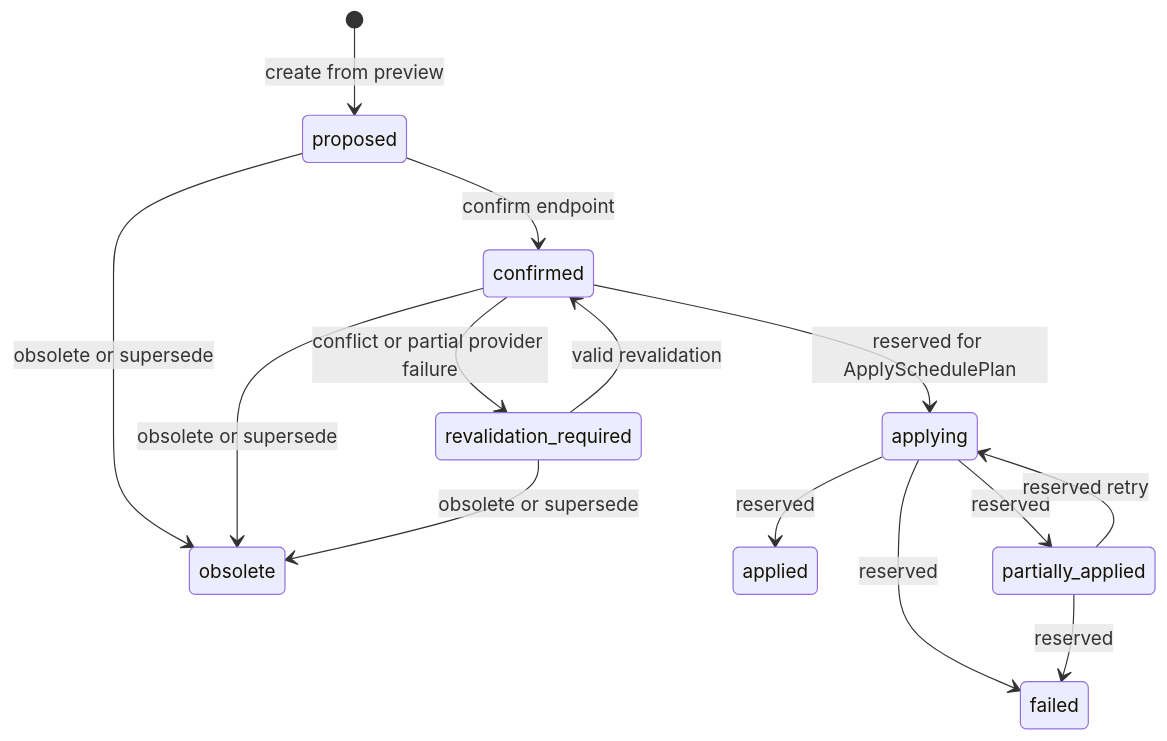
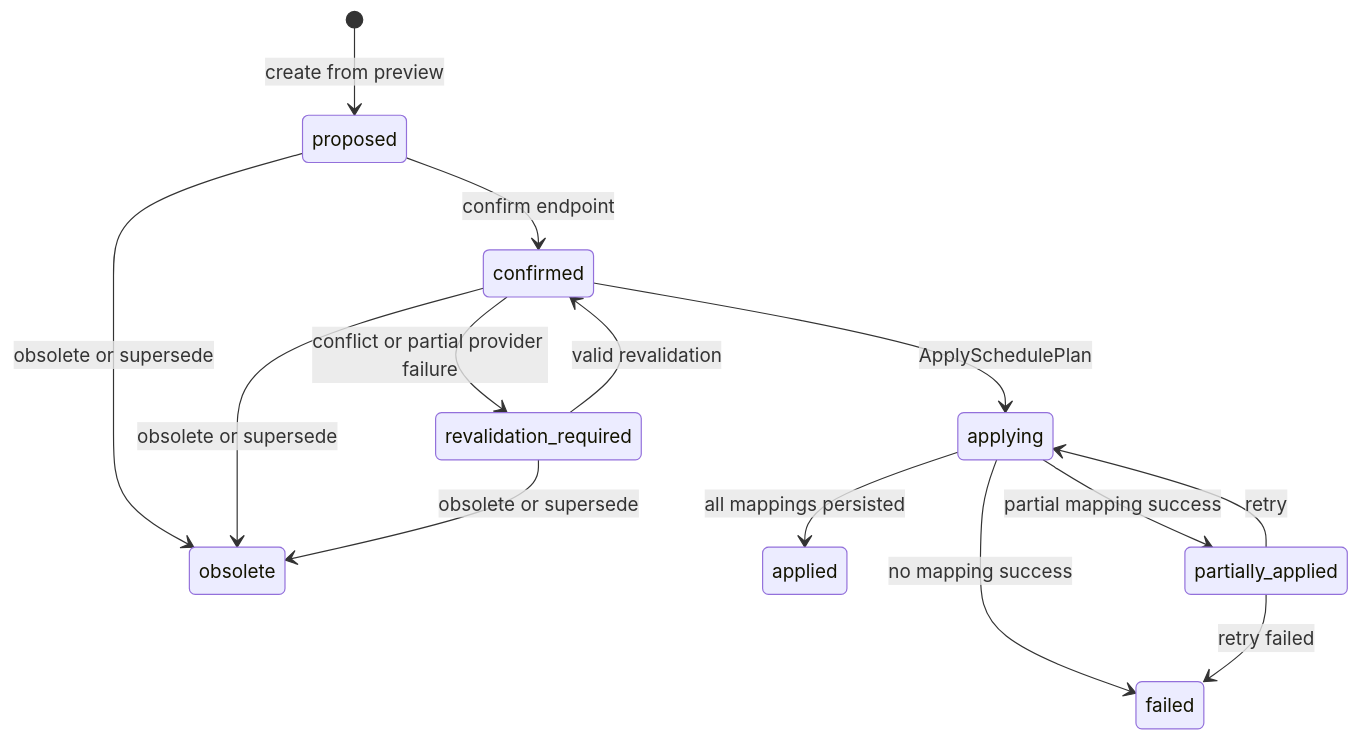
The first of 4 diagrams in docs/architecture/state-models.md (Polomoshnova/ai-calendar), drawn with Mermaid before and after one commit. The commit also changed other lines of this file and 23 other files, not shown here.

````diff
--- a/docs/architecture/state-models.md
+++ b/docs/architecture/state-models.md
@@ -13,16 +13,16 @@
 ```mermaid
 stateDiagram-v2
     [*] --> proposed: create from preview
     proposed --> confirmed: confirm endpoint
     proposed --> obsolete: obsolete or supersede
     confirmed --> obsolete: obsolete or supersede
     confirmed --> revalidation_required: conflict or partial provider failure
     revalidation_required --> confirmed: valid revalidation
     revalidation_required --> obsolete: obsolete or supersede
-    confirmed --> applying: reserved for ApplySchedulePlan
-    applying --> applied: reserved
-    applying --> partially_applied: reserved
-    applying --> failed: reserved
-    partially_applied --> applying: reserved retry
-    partially_applied --> failed: reserved
+    confirmed --> applying: ApplySchedulePlan
+    applying --> applied: all mappings persisted
+    applying --> partially_applied: partial mapping success
+    applying --> failed: no mapping success
+    partially_applied --> applying: retry
+    partially_applied --> failed: retry failed
 ```
````
